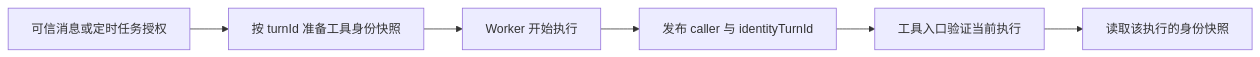
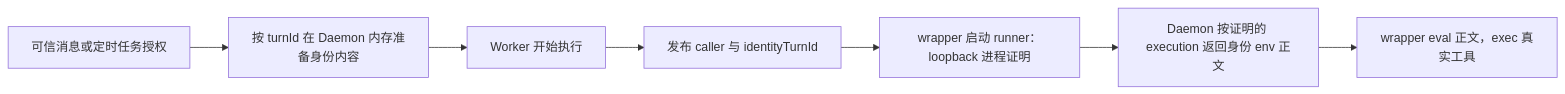
Before and after one commit to 47seek/botmux: the diagram in docs/execution-identity.md, drawn with Mermaid. The commit also changed other lines of this file and 25 other files, not shown here.

````diff
--- a/docs/execution-identity.md
+++ b/docs/execution-identity.md
@@ -7,8 +23,9 @@
 ```mermaid
 flowchart LR
-  A[可信消息或定时任务授权] --> B[按 turnId 准备工具身份快照]
+  A[可信消息或定时任务授权] --> B[按 turnId 在 Daemon 内存准备身份内容]
   B --> C[Worker 开始执行]
   C --> D[发布 caller 与 identityTurnId]
-  D --> E[工具入口验证当前执行]
-  E --> F[读取该执行的身份快照]
+  D --> E[wrapper 启动 runner：loopback 进程证明]
+  E --> F[Daemon 按证明的 execution 返回身份 env 正文]
+  F --> G[wrapper eval 正文，exec 真实工具]
 ```
````
